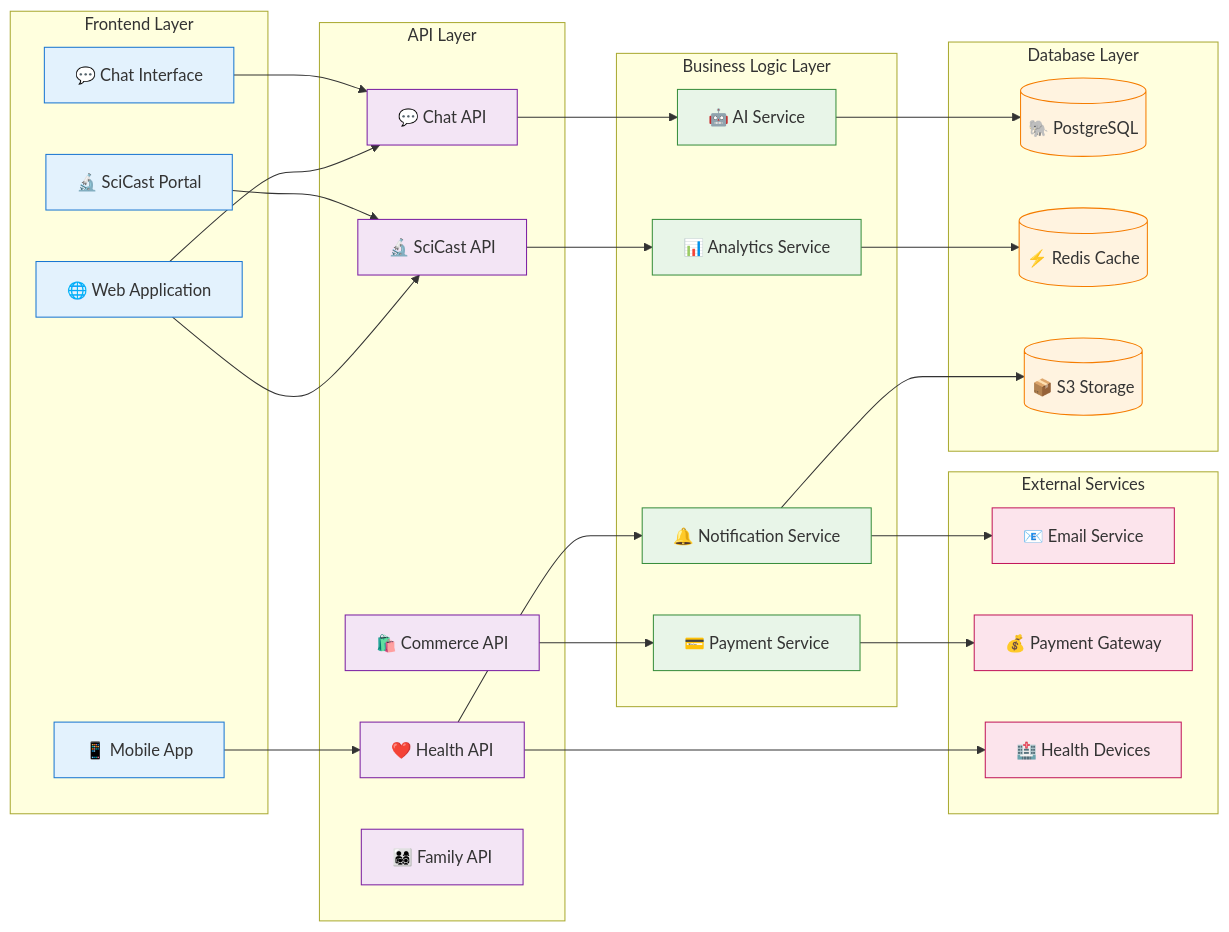
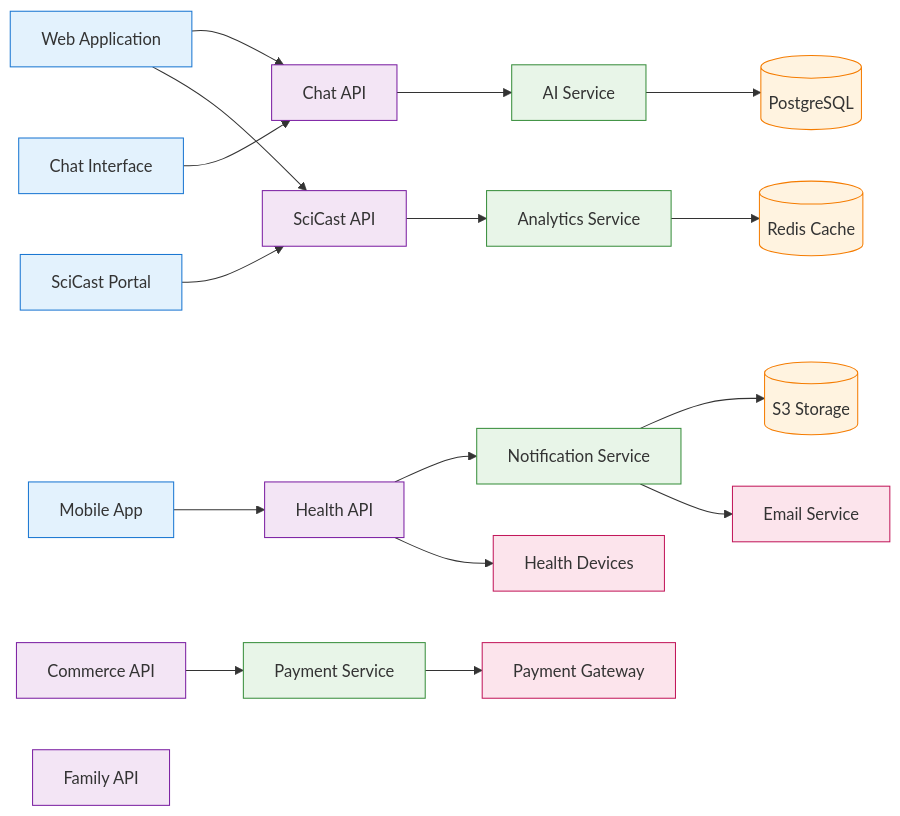
One commit to InflammAI/New-Inflamm-AI-AI changed the second of 5 diagrams in database-diagram.md. Above: the diagram before and after it, drawn with Mermaid. The commit also changed other lines of this file, not shown here.

Commit message:
Remove all emojis and subgraphs from remaining diagrams
- Fixed System Architecture Overview by removing subgraphs and emojis
- Fixed Chat System Data Flow by removing emojis from participants
- All diagrams now use clean text labels only
- Maintained all relationships and styling
- Ensures universal Mermaid compatibility

````diff
--- a/database-diagram.md
+++ b/database-diagram.md
@@ -89,69 +89,64 @@
 ```mermaid
 graph LR
-    subgraph "Frontend Layer"
-        WebApp[🌐 Web Application]
-        MobileApp[📱 Mobile App]
-        ChatUI[💬 Chat Interface]
-        SciCastUI[🔬 SciCast Portal]
-    end
+    %% Frontend Layer
+    WebApp[Web Application]
+    MobileApp[Mobile App]
+    ChatUI[Chat Interface]
+    SciCastUI[SciCast Portal]
     
-    subgraph "API Layer"
-        ChatAPI[💬 Chat API]
-        SciCastAPI[🔬 SciCast API]
-        HealthAPI[❤️ Health API]
-        CommerceAPI[🛍️ Commerce API]
-        FamilyAPI[👨‍👩‍👧‍👦 Family API]
-    end
+    %% API Layer
+    ChatAPI[Chat API]
+    SciCastAPI[SciCast API]
+    HealthAPI[Health API]
+    CommerceAPI[Commerce API]
+    FamilyAPI[Family API]
     
-    subgraph "Business Logic Layer"
-        AIService[🤖 AI Service]
-        AnalyticsService[📊 Analytics Service]
-        NotificationService[🔔 Notification Service]
-        PaymentService[💳 Payment Service]
-    end
+    %% Business Logic Layer
+    AIService[AI Service]
+    AnalyticsService[Analytics Service]
+    NotificationService[Notification Service]
+    PaymentService[Payment Service]
     
-    subgraph "Database Layer"
-        PostgreSQL[(🐘 PostgreSQL)]
-        Redis[(⚡ Redis Cache)]
-        S3Storage[(📦 S3 Storage)]
-    end
+    %% Database Layer
+    PostgreSQL[(PostgreSQL)]
+    Redis[(Redis Cache)]
+    S3Storage[(S3 Storage)]
     
-    subgraph "External Services"
-        EmailService[📧 Email Service]
-        PaymentGateway[💰 Payment Gateway]
-        HealthDevices[🏥 Health Devices]
-    end
+    %% External Services
+    EmailService[Email Service]
+    PaymentGateway[Payment Gateway]
+    HealthDevices[Health Devices]
     
     %% Connections
     WebApp --> ChatAPI
     WebApp --> SciCastAPI
     MobileApp --> HealthAPI
     ChatUI --> ChatAPI
     SciCastUI --> SciCastAPI
     
     ChatAPI --> AIService
     SciCastAPI --> AnalyticsService
     HealthAPI --> NotificationService
     CommerceAPI --> PaymentService
     
     AIService --> PostgreSQL
     AnalyticsService --> Redis
     NotificationService --> S3Storage
     
     PaymentService --> PaymentGateway
     HealthAPI --> HealthDevices
     NotificationService --> EmailService
     
     %% Styling
     classDef frontend fill:#e3f2fd,stroke:#1976d2
     classDef api fill:#f3e5f5,stroke:#7b1fa2
     classDef business fill:#e8f5e8,stroke:#388e3c
     classDef database fill:#fff3e0,stroke:#f57c00
     classDef external fill:#fce4ec,stroke:#c2185b
     
     class WebApp,MobileApp,ChatUI,SciCastUI frontend
     class ChatAPI,SciCastAPI,HealthAPI,CommerceAPI,FamilyAPI api
     class AIService,AnalyticsService,NotificationService,PaymentService business
     class PostgreSQL,Redis,S3Storage database
     class EmailService,PaymentGateway,HealthDevices external
 ```
````
